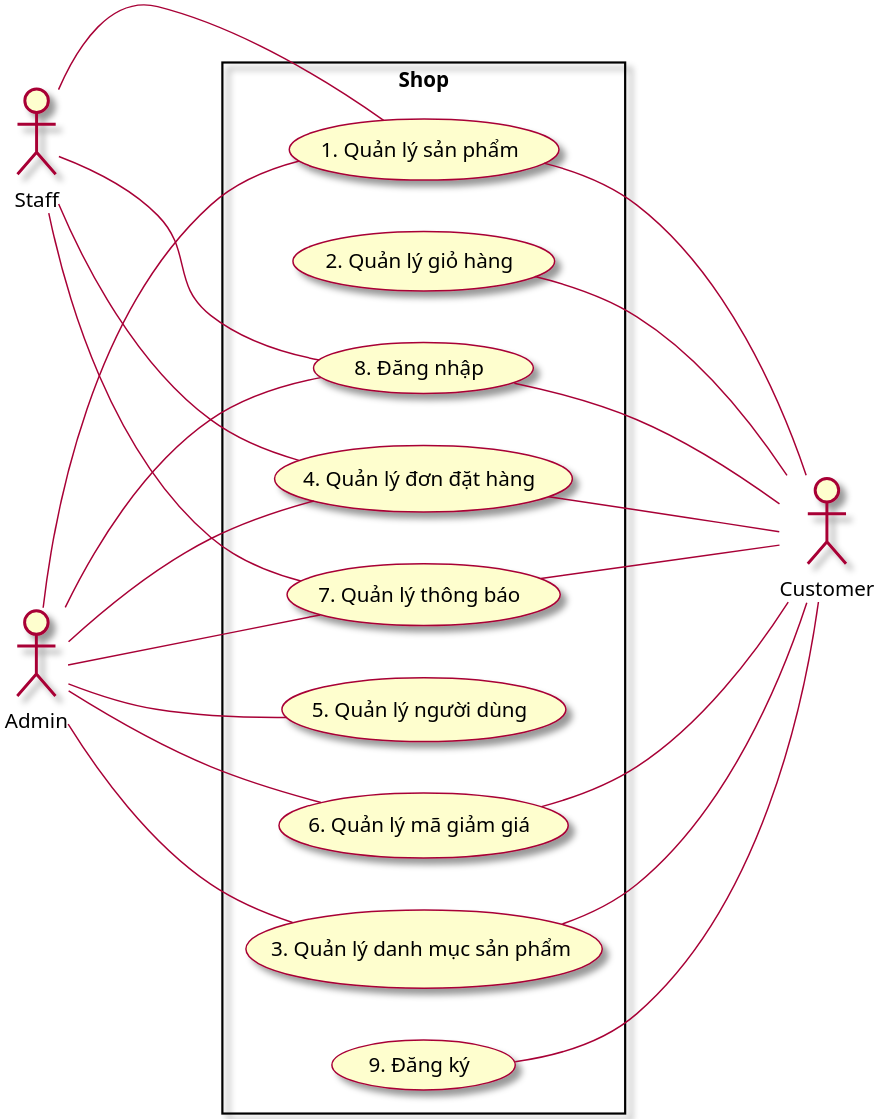
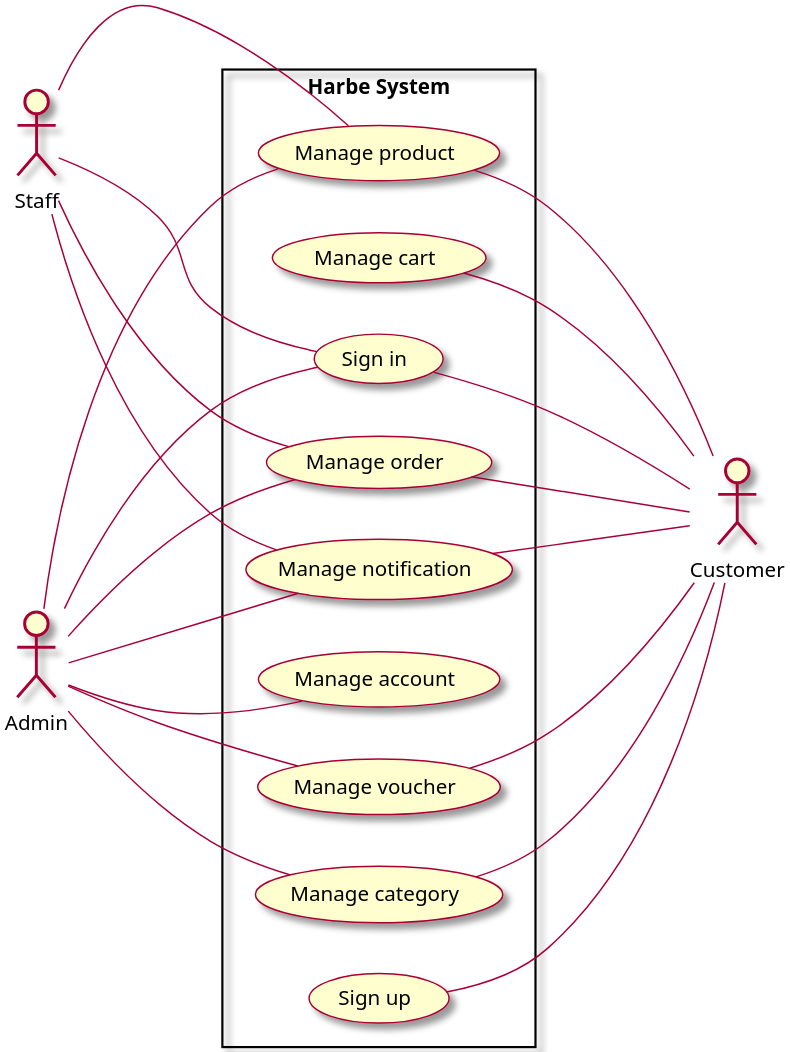
Before and after one commit to Marowota/ecommerce-plantuml: the diagram in Usecase/0. GeneralUsecase.puml, drawn with PlantUML. The commit also changed 10 other files, not shown here.

```diff
--- a/Usecase/0. GeneralUsecase.puml
+++ b/Usecase/0. GeneralUsecase.puml
@@ -1,47 +1,47 @@
 @startuml GeneralUsecase
 skin rose
 scale 3
 
 left to right direction
 
 actor Admin as admin
 actor Customer as customer
 actor Staff as staff
 
-rectangle "Shop" {
-    usecase (1. Quản lý sản phẩm) as qlsp
-    usecase (2. Quản lý giỏ hàng) as qlgh
-    usecase (3. Quản lý danh mục sản phẩm) as qldmsp
-    usecase (4. Quản lý đơn đặt hàng) as qlddh
-    usecase (5. Quản lý người dùng) as qlnd
-    usecase (6. Quản lý mã giảm giá) as qlmgg
-    usecase (7. Quản lý thông báo) as qltb
-    usecase (8. Đăng nhập) as dn
-    usecase (9. Đăng ký) as dk
+rectangle "Harbe System" {
+    usecase (Manage product) as qlsp
+    usecase (Manage cart) as qlgh
+    usecase (Manage category) as qldmsp
+    usecase (Manage order) as qlddh
+    usecase (Manage account) as qlnd
+    usecase (Manage voucher) as qlmgg
+    usecase (Manage notification) as qltb
+    usecase (Sign in) as dn
+    usecase (Sign up) as dk
 
 }
 
 admin --- qlsp
 admin --- qldmsp
 admin --- qlddh
 admin --- qlnd
 admin --- qlmgg
 admin --- dn
 admin --- qltb
 
 qlsp --- customer
 qlgh --- customer
 qldmsp --- customer
 qlddh --- customer
 qlmgg --- customer
 dn --- customer
 dk --- customer
 qltb --- customer
 
 staff - qlsp
 staff --- qlddh
 staff --- dn
 staff --- qltb
 
 
 @enduml
```
